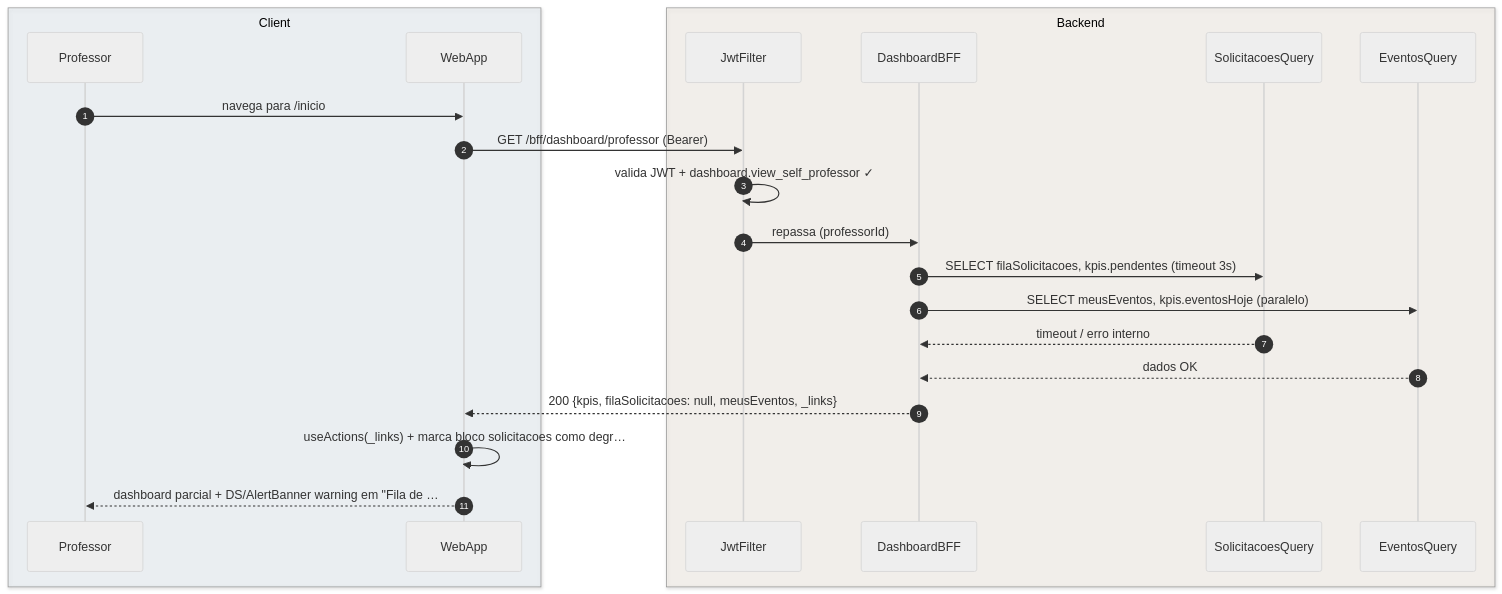
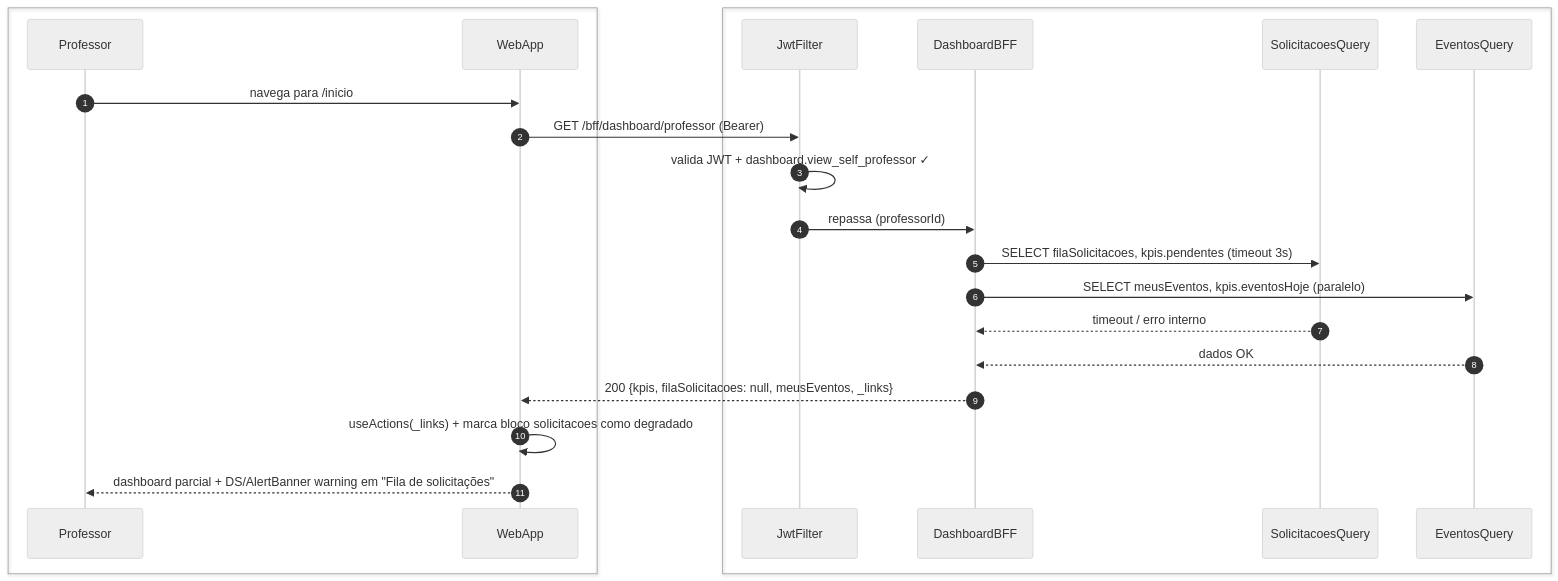
Before and after one commit to umishell/secretariaOnline2: the second of 2 diagrams in foundationDocs/sequenceDiagrams/F3 — Professor/US-F3-001-DASHBOARD.md, drawn with Mermaid (neutral theme). The commit also changed other lines of this file and 70 other files, not shown here.

First line of the commit message:
Enhance database documentation and introduce new schema files

````diff
--- a/foundationDocs/sequenceDiagrams/F3 — Professor/US-F3-001-DASHBOARD.md
+++ b/foundationDocs/sequenceDiagrams/F3 — Professor/US-F3-001-DASHBOARD.md
@@ -103,26 +103,26 @@
 ```mermaid
 sequenceDiagram
     autonumber
-    box rgba(230,245,255,0.3) Client
+    box #e8f4fc Cliente
         participant Professor
         participant WebApp
     end
-    box rgba(255,245,230,0.3) Backend
+    box #fff8ee Servidor
         participant JwtFilter
         participant DashboardBFF
         participant SolicitacoesQuery
         participant EventosQuery
     end
 
     Professor->>WebApp: navega para /inicio
     WebApp->>JwtFilter: GET /bff/dashboard/professor (Bearer)
     JwtFilter->>JwtFilter: valida JWT + dashboard.view_self_professor ✓
     JwtFilter->>DashboardBFF: repassa (professorId)
     DashboardBFF->>SolicitacoesQuery: SELECT filaSolicitacoes, kpis.pendentes (timeout 3s)
     DashboardBFF->>EventosQuery: SELECT meusEventos, kpis.eventosHoje (paralelo)
     SolicitacoesQuery-->>DashboardBFF: timeout / erro interno
     EventosQuery-->>DashboardBFF: dados OK
     DashboardBFF-->>WebApp: 200 {kpis, filaSolicitacoes: null, meusEventos, _links}
-    WebApp->>WebApp: useActions(_links) + marca bloco solicitacoes como degr…
-    WebApp-->>Professor: dashboard parcial + DS/AlertBanner warning em "Fila de …
+    WebApp->>WebApp: useActions(_links) + marca bloco solicitacoes como degradado
+    WebApp-->>Professor: dashboard parcial + DS/AlertBanner warning em "Fila de solicitações"
 ```
````
